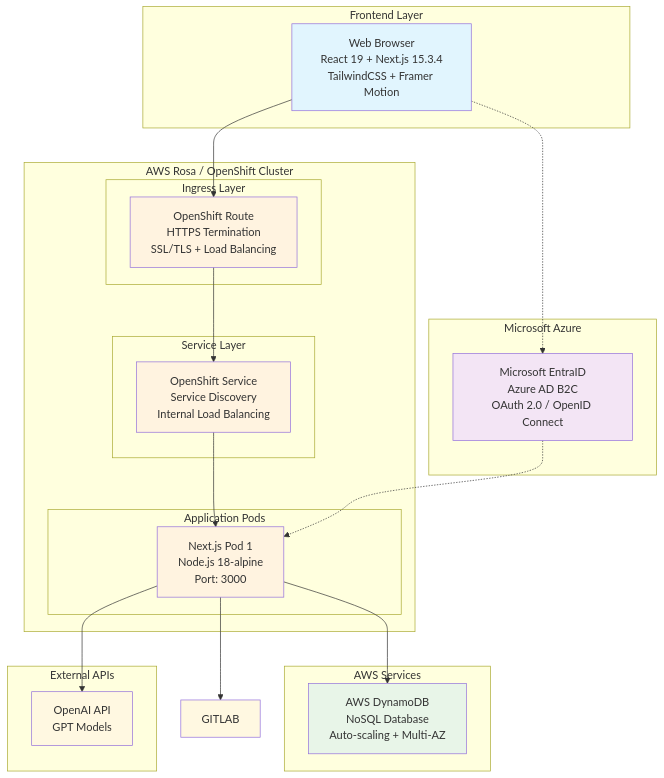
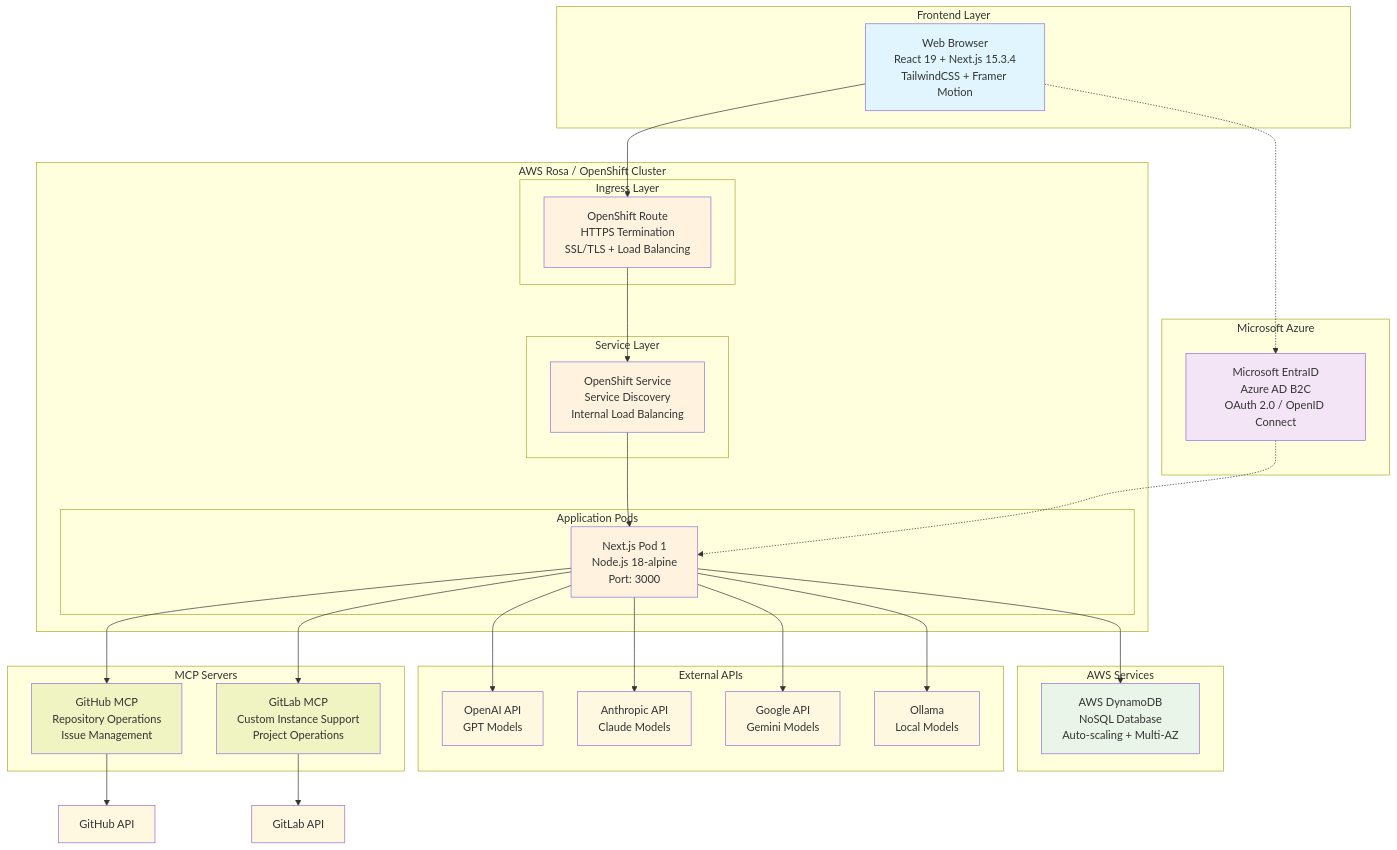
Before and after one commit to gurungabit/PromptToIssuev2: the first of 9 diagrams in mermaid.md, drawn with Mermaid. The commit also changed other lines of this file and 1 other file, not shown here.

First line of the commit message:
Enhance mermaid diagrams and integrate MCP tool flow

````diff
--- a/mermaid.md
+++ b/mermaid.md
@@ -5,59 +5,75 @@
 ```mermaid
 graph TB
     subgraph "Frontend Layer"
         WB[Web Browser<br/>React 19 + Next.js 15.3.4<br/>TailwindCSS + Framer Motion]
     end
 
     subgraph "AWS Rosa / OpenShift Cluster"
         subgraph "Ingress Layer"
             OR[OpenShift Route<br/>HTTPS Termination<br/>SSL/TLS + Load Balancing]
         end
 
         subgraph "Service Layer"
             OS[OpenShift Service<br/>Service Discovery<br/>Internal Load Balancing]
         end
 
         subgraph "Application Pods"
             APP1[Next.js Pod 1<br/>Node.js 18-alpine<br/>Port: 3000]
 
         end
     end
 
     subgraph "Microsoft Azure"
         ENTRAID[Microsoft EntraID<br/>Azure AD B2C<br/>OAuth 2.0 / OpenID Connect]
     end
 
     subgraph "AWS Services"
         DDB[AWS DynamoDB<br/>NoSQL Database<br/>Auto-scaling + Multi-AZ]
     end
 
     subgraph "External APIs"
         OPENAI[OpenAI API<br/>GPT Models]
+        ANTHROPIC[Anthropic API<br/>Claude Models]
+        GOOGLE[Google API<br/>Gemini Models]
+        OLLAMA[Ollama<br/>Local Models]
+    end
+
+    subgraph "MCP Servers"
+        MCP_GH[GitHub MCP<br/>Repository Operations<br/>Issue Management]
+        MCP_GL[GitLab MCP<br/>Custom Instance Support<br/>Project Operations]
     end
 
     WB --> OR
     OR --> OS
     OS --> APP1
 
 
     WB -.-> ENTRAID
     ENTRAID -.-> APP1
 
 
     APP1 --> DDB
     APP1 --> OPENAI
-    APP1 --> GITLAB
+    APP1 --> ANTHROPIC
+    APP1 --> GOOGLE
+    APP1 --> OLLAMA
+    APP1 --> MCP_GH
+    APP1 --> MCP_GL
+    MCP_GH --> GITHUB[GitHub API]
+    MCP_GL --> GITLAB[GitLab API]
 
 
     classDef frontend fill:#e1f5fe
     classDef openshift fill:#fff3e0
     classDef auth fill:#f3e5f5
     classDef database fill:#e8f5e8
     classDef external fill:#fff8e1
+    classDef mcp fill:#f0f4c3
 
     class WB frontend
     class OR,OS,APP1,APP2,APP3 openshift
     class ENTRAID auth
     class DDB database
-    class OPENAI,ANTHROPIC,GOOGLE,OLLAMA,GITLAB external
+    class OPENAI,ANTHROPIC,GOOGLE,OLLAMA,GITHUB,GITLAB external
+    class MCP_GH,MCP_GL mcp
 ```
````
